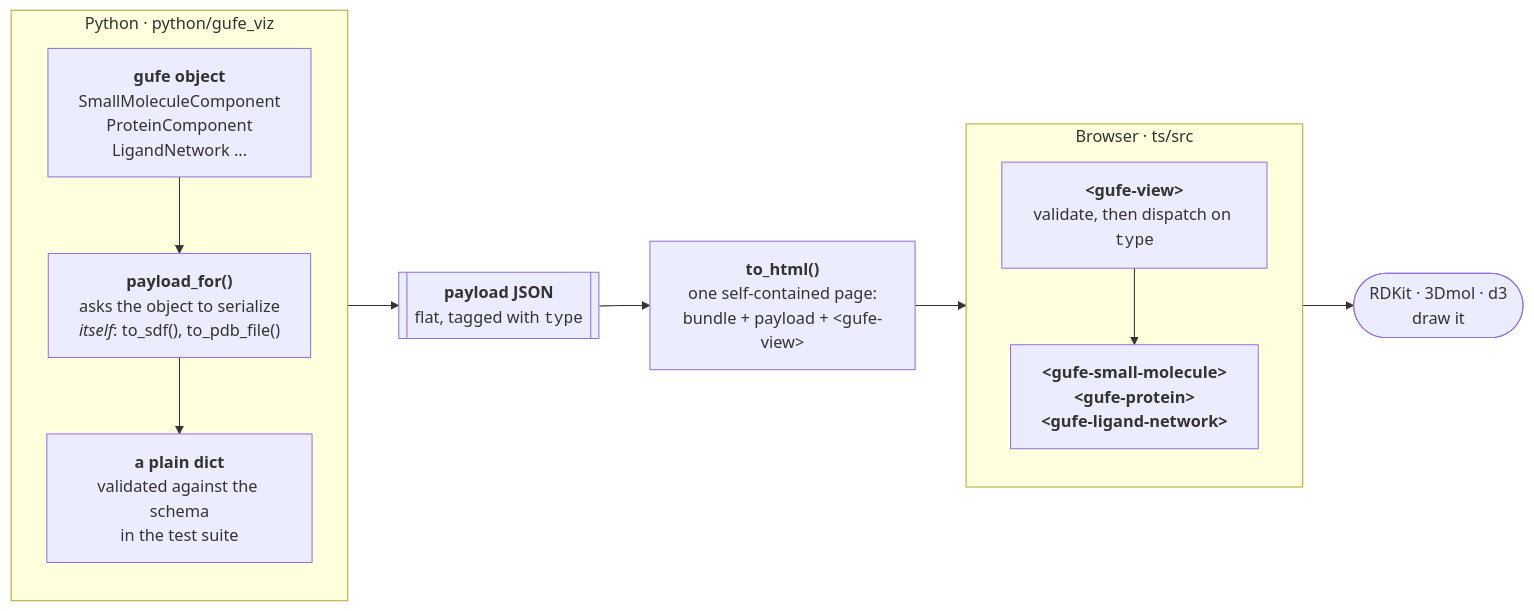
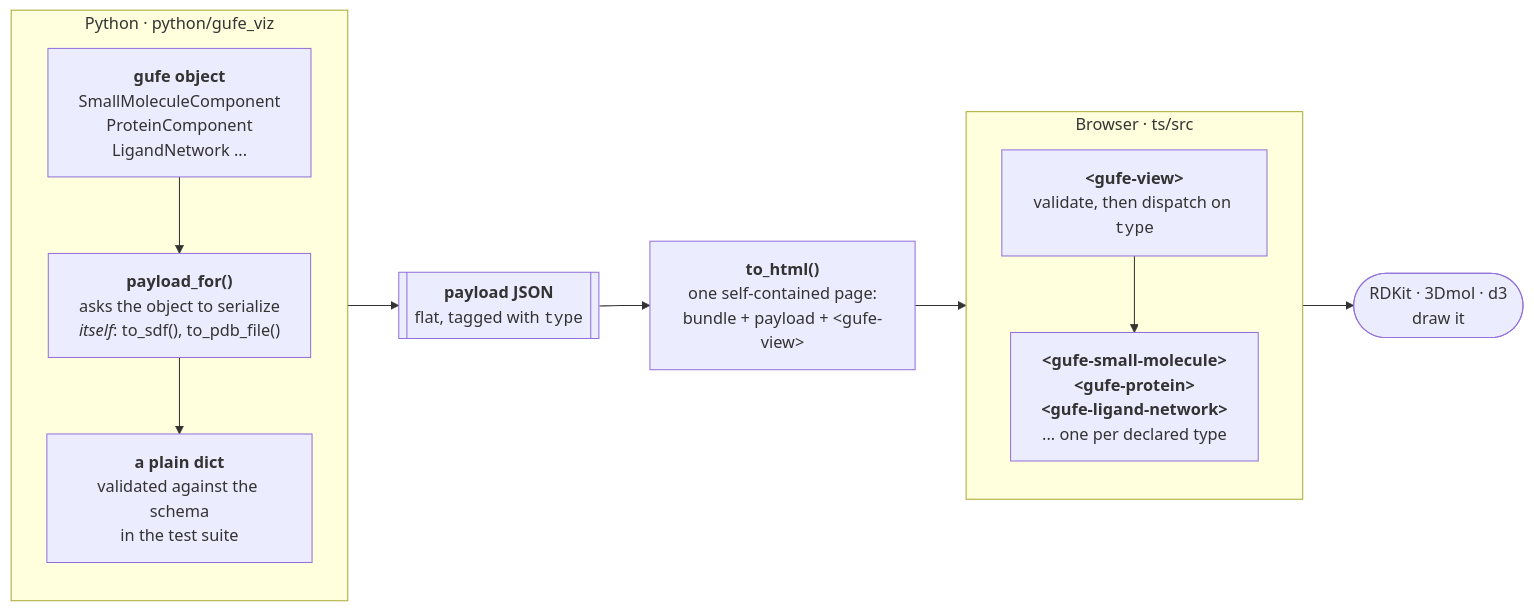
Before and after one commit to omsf-eco-infra/alchemy-viz: the first of 3 diagrams in README.md, drawn with Mermaid. The commit also changed other lines of this file and 17 other files, not shown here.

````diff
--- a/README.md
+++ b/README.md
@@ -205,23 +206,23 @@
 ```mermaid
 flowchart LR
   subgraph PY["Python · python/gufe_viz"]
     direction TB
     obj["<b>gufe object</b><br/>SmallMoleculeComponent<br/>ProteinComponent<br/>LigandNetwork ..."]
     build["<b>payload_for()</b><br/>asks the object to serialize<br/><i>itself</i>: to_sdf(), to_pdb_file()"]
     plain["<b>a plain dict</b><br/>validated against the schema<br/>in the test suite"]
     obj --> build --> plain
   end
 
   plain --> payload[["<b>payload JSON</b><br/>flat, tagged with <code>type</code>"]]
   payload --> tohtml["<b>to_html()</b><br/>one self-contained page:<br/>bundle + payload + &lt;gufe-view&gt;"]
 
   subgraph BR["Browser · ts/src"]
     direction TB
     gview["<b>&lt;gufe-view&gt;</b><br/>validate, then dispatch on <code>type</code>"]
-    view["<b>&lt;gufe-small-molecule&gt;</b><br/><b>&lt;gufe-protein&gt;</b><br/><b>&lt;gufe-ligand-network&gt;</b>"]
+    view["<b>&lt;gufe-small-molecule&gt;</b><br/><b>&lt;gufe-protein&gt;</b><br/><b>&lt;gufe-ligand-network&gt;</b><br/>... one per declared type"]
     gview --> view
   end
 
   tohtml --> gview
   view --> pic(["RDKit · 3Dmol · d3<br/>draw it"])
 ```
````
